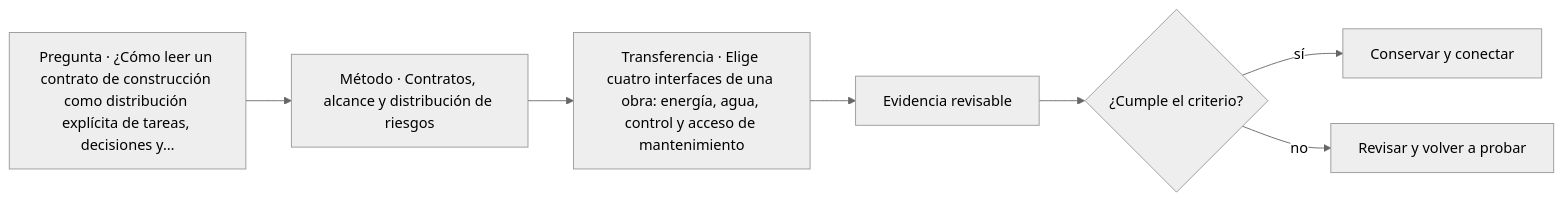
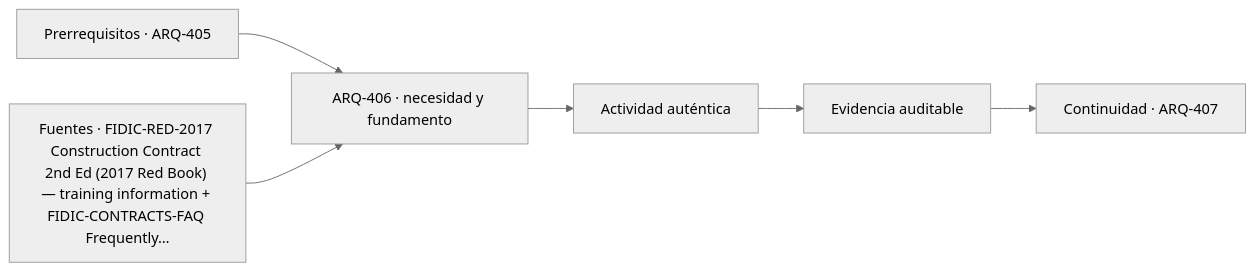
Before and after one commit to vladimiracunadev-create/architecture-built-environment-learning-program: the diagram in classes/parte-41/ARQ-406.md, drawn with Mermaid (neutral theme). The commit also changed other lines of this file and 761 other files, not shown here.

````diff
--- a/classes/parte-41/ARQ-406.md
+++ b/classes/parte-41/ARQ-406.md
@@ -91,9 +103,8 @@
 ```mermaid
 flowchart LR
-    Q["Pregunta · ¿Cómo leer un contrato de construcción como distribución explícita de tareas, decisiones y…"] --> M["Método · Contratos, alcance y distribución de riesgos"]
-    M --> P["Transferencia · Elige cuatro interfaces de una obra: energía, agua, control y acceso de mantenimiento"]
-    P --> E["Evidencia revisable"]
-    E --> C{"¿Cumple el criterio?"}
-    C -->|sí| T["Conservar y conectar"]
-    C -->|no| R["Revisar y volver a probar"]
+    A["Prerrequisitos · ARQ-405"] --> B["ARQ-406 · necesidad y fundamento"]
+    S["Fuentes · FIDIC-RED-2017 Construction Contract 2nd Ed (2017 Red Book) — training information + FIDIC-CONTRACTS-FAQ Frequently…"] --> B
+    B --> C["Actividad auténtica"]
+    C --> D["Evidencia auditable"]
+    D --> E["Continuidad · ARQ-407"]
 ```
````
